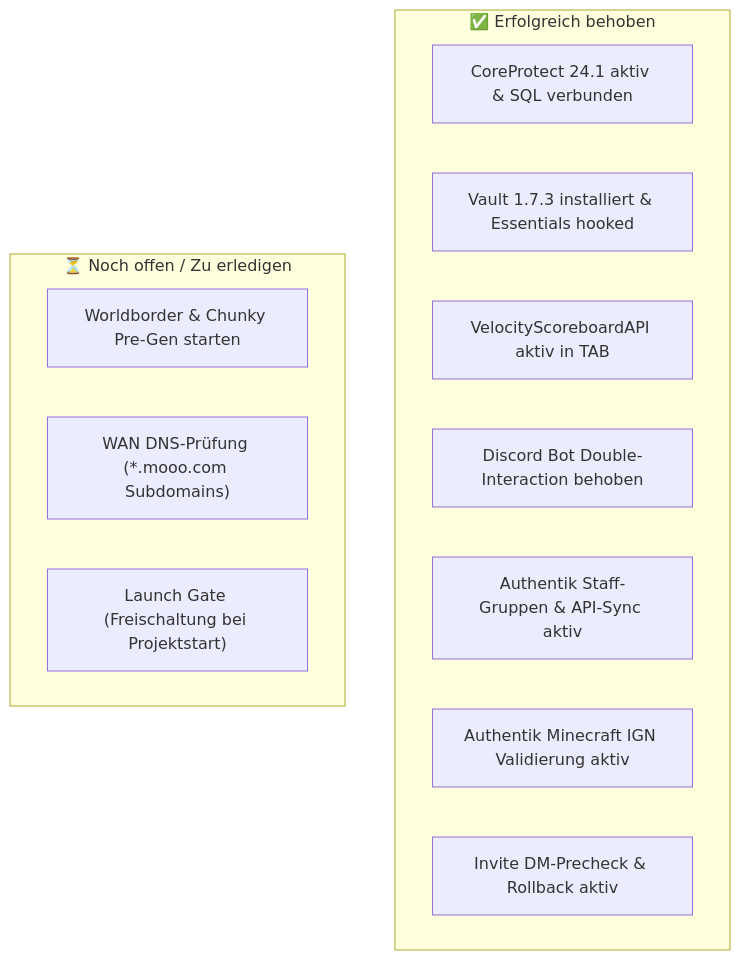
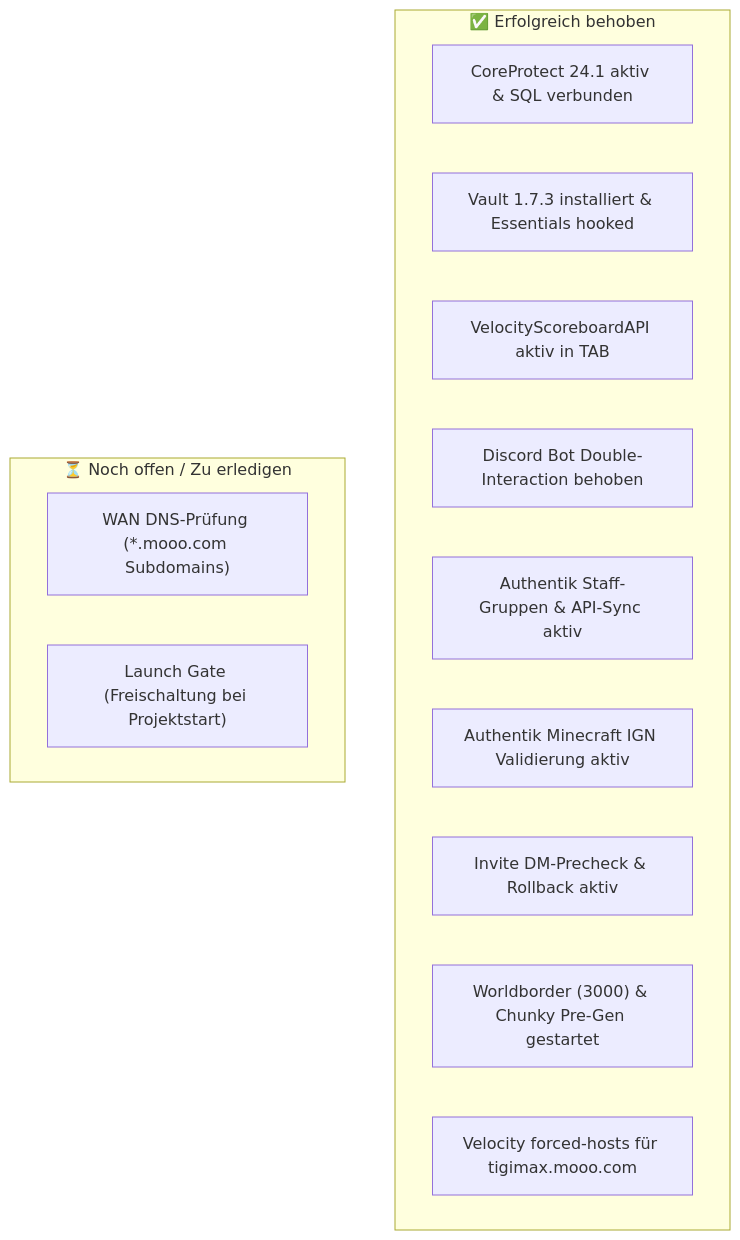
Before and after one commit to Tigimax/minecraft-weihnachtsdorf-team: the diagram in docs/open_issues_and_action_items.md, drawn with Mermaid. The commit also changed other lines of this file, not shown here.

Commit message:
docs: update status with worldborder, chunky pre-gen, and velocity forced hosts

````diff
--- a/docs/open_issues_and_action_items.md
+++ b/docs/open_issues_and_action_items.md
@@ -10,18 +10,19 @@
 ```mermaid
 flowchart TD
     subgraph SOLVED["✅ Erfolgreich behoben"]
         CP["CoreProtect 24.1 aktiv & SQL verbunden"]
         VAULT["Vault 1.7.3 installiert & Essentials hooked"]
         TAB["VelocityScoreboardAPI aktiv in TAB"]
         BOT["Discord Bot Double-Interaction behoben"]
         AK["Authentik Staff-Gruppen & API-Sync aktiv"]
         IGN["Authentik Minecraft IGN Validierung aktiv"]
         INV["Invite DM-Precheck & Rollback aktiv"]
+        WB["Worldborder (3000) & Chunky Pre-Gen gestartet"]
+        VH["Velocity forced-hosts für tigimax.mooo.com"]
     end
 
     subgraph OPEN["⏳ Noch offen / Zu erledigen"]
-        WB["Worldborder & Chunky Pre-Gen starten"]
         WAN["WAN DNS-Prüfung (*.mooo.com Subdomains)"]
         GATE["Launch Gate (Freischaltung bei Projektstart)"]
     end
 ```
````
